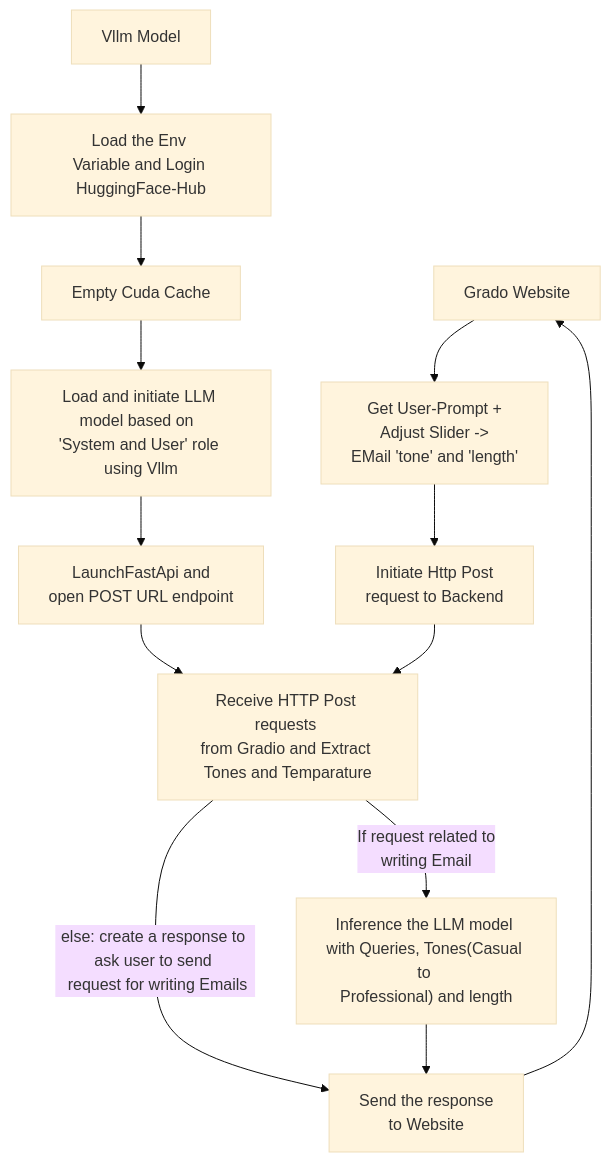
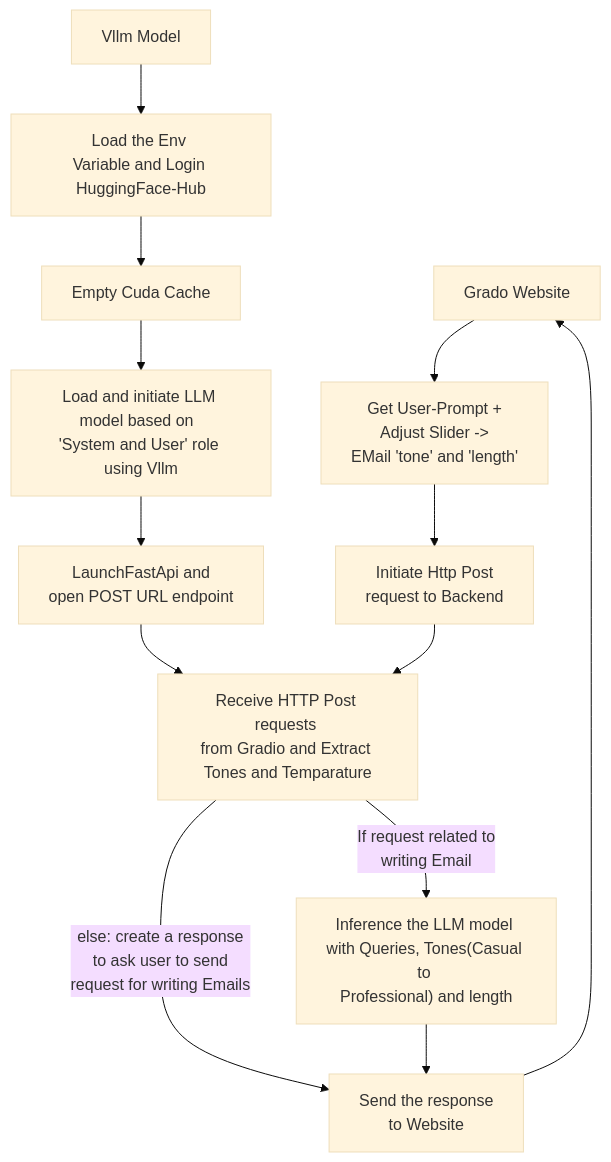
One commit to NiazMahmud2001/VLLM-Email-Writer changed the diagram in README.md. Above: the diagram before and after it, drawn with Mermaid (base theme).

````diff
--- a/README.md
+++ b/README.md
@@ -77,21 +77,21 @@
 ```mermaid
 graph TD
     A["Grado Website"]
     A --> B["Get User-Prompt + <br>Adjust Slider -> <br>EMail 'tone' and 'length'"]
     B --> C["Initiate Http Post <br>request to Backend"]
 
     D["Vllm Model"]
     D --> E["Load the Env <br>Variable and Login HuggingFace-Hub"]
     E --> F["Empty Cuda Cache"]
     F --> G["Load and initiate LLM <br>model based on  <br>'System and User' role using Vllm"]
     G --> H["LaunchFastApi and <br>open POST URL endpoint"]      
     H --> I["Receive HTTP Post requests <br>from Gradio and Extract <br>Tones and Temparature"]
     C --> I
 
 
     I --  If request related to <br> writing Email --> J["Inference the LLM model <br>with Queries, Tones(Casual to <br>Professional) and length"]
-    I -- else: create a response to ask user to send <br> request for writing Emails--> K
+    I -- else: create a response <br>  to ask user to send <br> request for writing Emails--> K
     J --> K["Send the response <br>to Website"]
     K --> A
 
 ```
````
